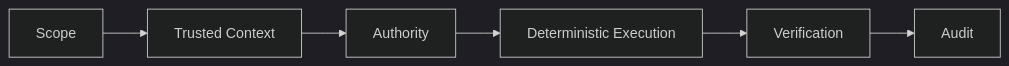
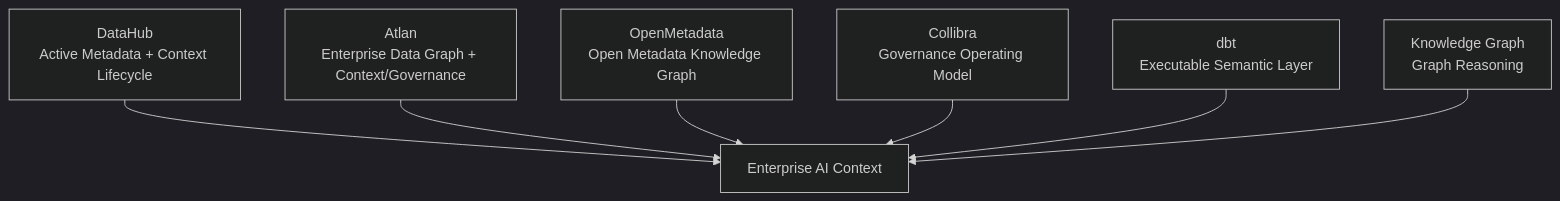
One commit to XiaoWeiKIN/datahub-research changed the diagram in README.md. Above: the diagram before and after it, drawn with Mermaid (dark theme). The commit also changed other lines of this file, not shown here.

Commit message:
docs: start phase four comparative architecture

```diff
--- a/README.md
+++ b/README.md
@@ -39,11 +45,18 @@
 ~~~mermaid
-flowchart LR
-    SCOPE[Scope]
-    CTX[Trusted Context]
-    AUTH[Authority]
-    EXEC[Deterministic Execution]
-    VERIFY[Verification]
-    AUDIT[Audit]
+flowchart TB
+    DH[DataHub<br/>Active Metadata + Context Lifecycle]
+    AT[Atlan<br/>Enterprise Data Graph + Context/Governance]
+    OM[OpenMetadata<br/>Open Metadata Knowledge Graph]
+    CO[Collibra<br/>Governance Operating Model]
+    DBT[dbt<br/>Executable Semantic Layer]
+    KG[Knowledge Graph<br/>Graph Reasoning]
 
-    SCOPE --> CTX --> AUTH --> EXEC --> VERIFY --> AUDIT
+    CTX[Enterprise AI Context]
+
+    DH --> CTX
+    AT --> CTX
+    OM --> CTX
+    CO --> CTX
+    DBT --> CTX
+    KG --> CTX
 ~~~
```
